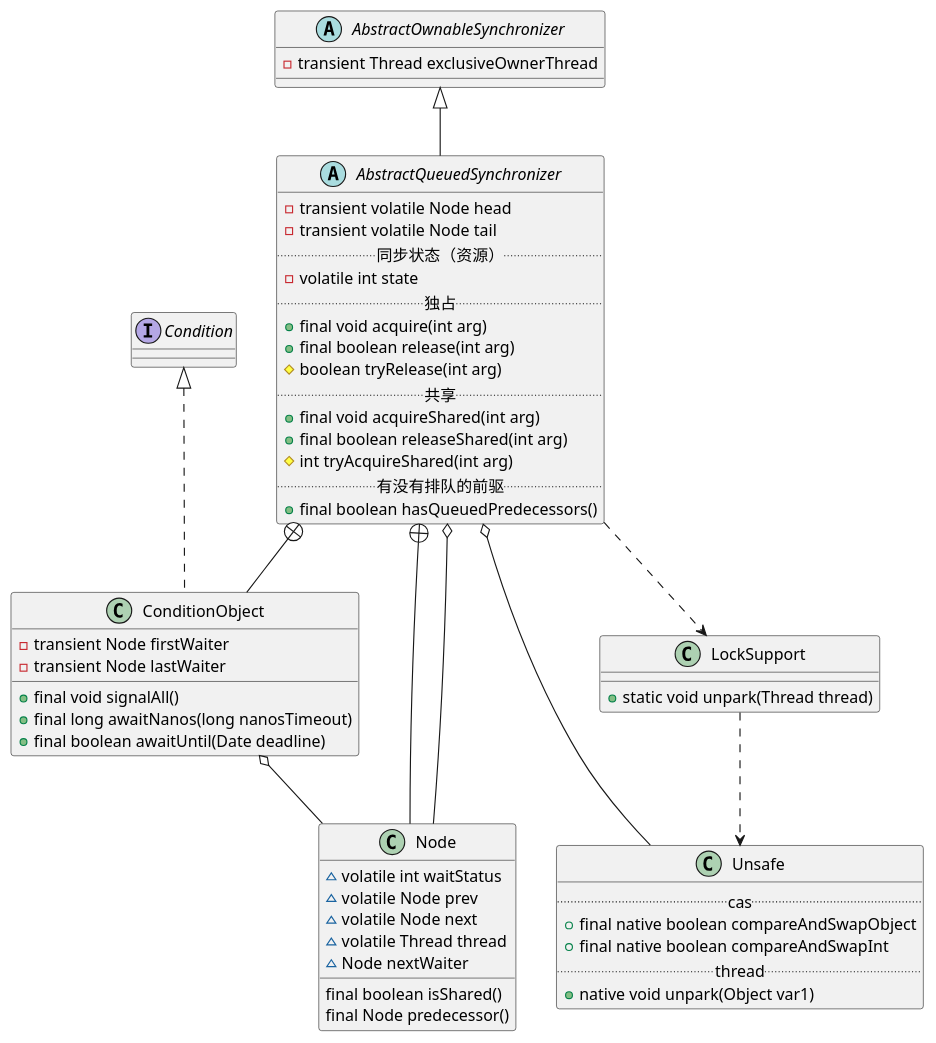
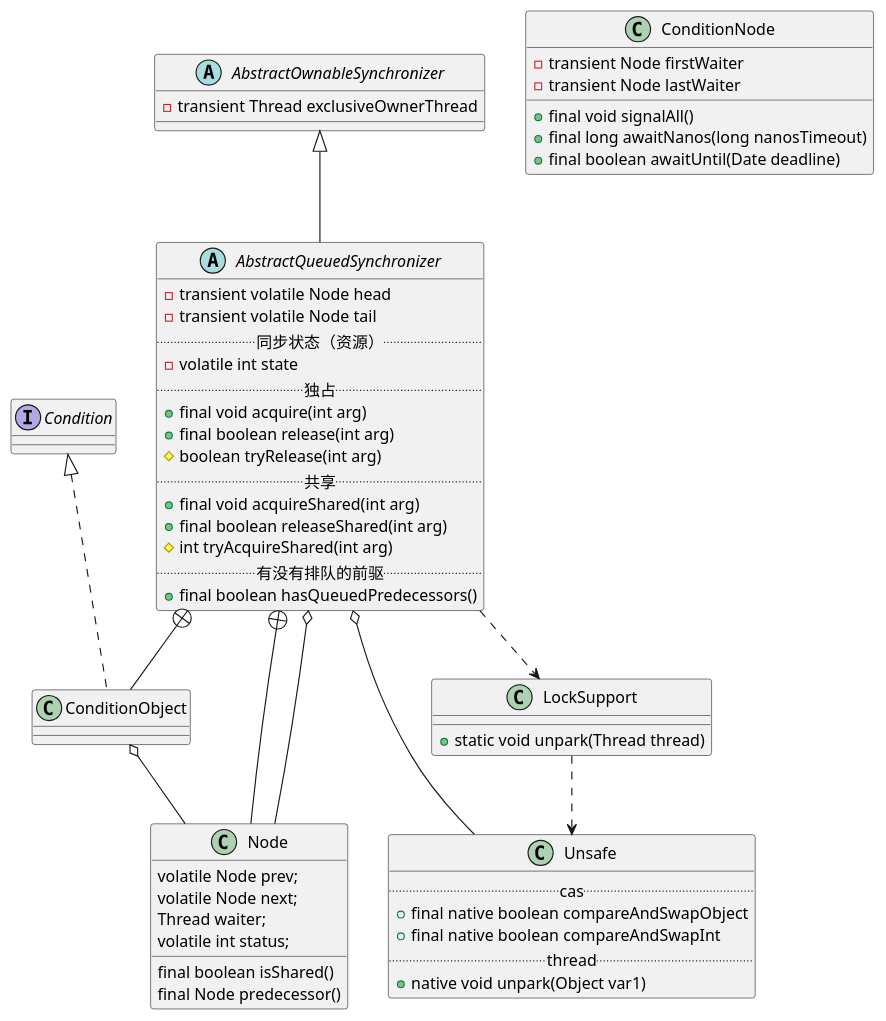
Before and after one commit to onlyonion/development: the diagram in docs/10-java/src/rt.jar.src/java/util/concurrent/locks/AbstractQueuedSynchronizer.md, drawn with PlantUML. The commit also changed 173 other files, not shown here.

````diff
--- a/docs/10-java/src/rt.jar.src/java/util/concurrent/locks/AbstractQueuedSynchronizer.md
+++ b/docs/10-java/src/rt.jar.src/java/util/concurrent/locks/AbstractQueuedSynchronizer.md
@@ -35,77 +35,76 @@
 ```plantuml
 @startuml
 
 abstract class AbstractOwnableSynchronizer {
     - transient Thread exclusiveOwnerThread
 }
 
 '''''''''''''''''''''队列同步器'''''''''''''''''''''
 abstract class AbstractQueuedSynchronizer {
     - transient volatile Node head
     - transient volatile Node tail
     .. 同步状态（资源） ..
     - volatile int state
     .. 独占 ..
     + final void acquire(int arg)
     + final boolean release(int arg)
     # boolean tryRelease(int arg) 
     .. 共享 ..
     + final void acquireShared(int arg) 
     + final boolean releaseShared(int arg) 
     # int tryAcquireShared(int arg)
     .. 有没有排队的前驱 ..
     + final boolean hasQueuedPredecessors()
 }
 
 '''''''''''''''''''''节点数据结构'''''''''''''''''''''
 class Node {
-    ~ volatile int waitStatus
-    ~ volatile Node prev
-    ~ volatile Node next
-    ~ volatile Thread thread
-    ~ Node nextWaiter
+    volatile Node prev;
+    volatile Node next;
+    Thread waiter;
+    volatile int status;
     final boolean isShared()
     final Node predecessor()
 }
 
 AbstractOwnableSynchronizer <|-- AbstractQueuedSynchronizer
 AbstractQueuedSynchronizer +-- Node
 AbstractQueuedSynchronizer o-- Node
 
 
 '''''''''''''''''''''条件变量'''''''''''''''''''''
 AbstractQueuedSynchronizer +-- ConditionObject
 interface Condition
 Condition ^.. ConditionObject
 
-class ConditionObject {
+class ConditionNode {
     - transient Node firstWaiter
     - transient Node lastWaiter
     + final void signalAll()
     + final long awaitNanos(long nanosTimeout)
     + final boolean awaitUntil(Date deadline)
 }
 
 ConditionObject o-- Node
 
 
 '''''''''''''''''''''支撑类'''''''''''''''''''''
 AbstractQueuedSynchronizer o-- Unsafe
 AbstractQueuedSynchronizer ..> LockSupport
 
 class Unsafe {
     .. cas ..
     + final native boolean compareAndSwapObject
     + final native boolean compareAndSwapInt
     .. thread ..
     + native void unpark(Object var1)
 }
 
 class LockSupport {
     + static void unpark(Thread thread)
 }
 LockSupport ..> Unsafe
 
 
 @enduml
 ```
````
